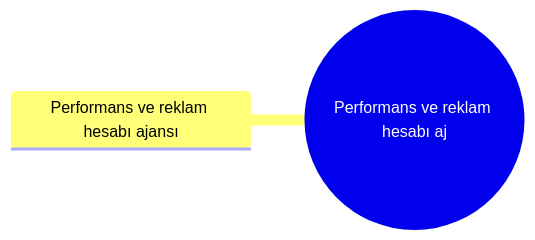
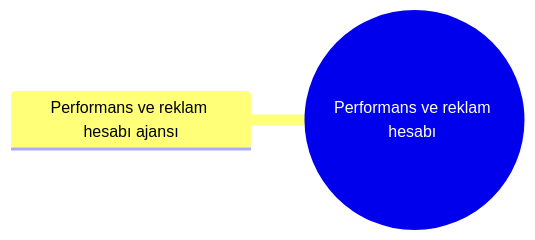
Before and after one commit to sametkarabulut-dev/xfuturepos-v2: the diagram in 02 İşletmeler/15 Teknoloji Medya & Ajans/Performans ve reklam hesabı ajansı/Dal – Performans ve reklam hesabı ajansı.md, drawn with Mermaid. The commit also changed other lines of this file and 241 other files, not shown here.

````diff
--- a/02 İşletmeler/15 Teknoloji Medya & Ajans/Performans ve reklam hesabı ajansı/Dal – Performans ve reklam hesabı ajansı.md
+++ b/02 İşletmeler/15 Teknoloji Medya & Ajans/Performans ve reklam hesabı ajansı/Dal – Performans ve reklam hesabı ajansı.md
@@ -22,5 +22,5 @@
 ```mermaid
 mindmap
-  root((Performans ve reklam hesabı aj))
+  root((Performans ve reklam hesabı ))
     Performans ve reklam hesabı ajansı
 ```
````
